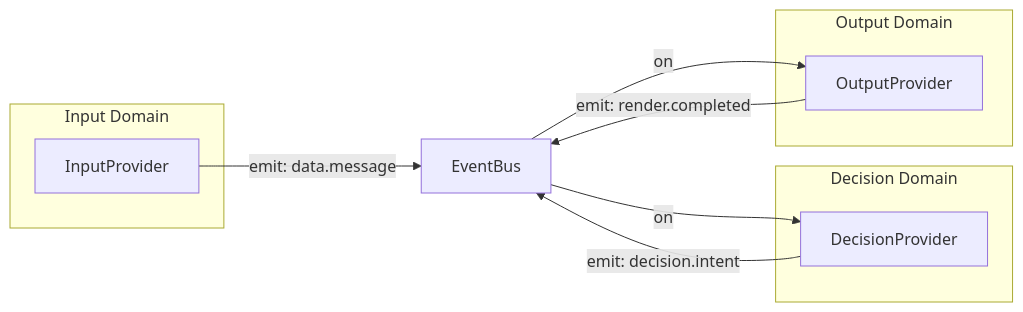
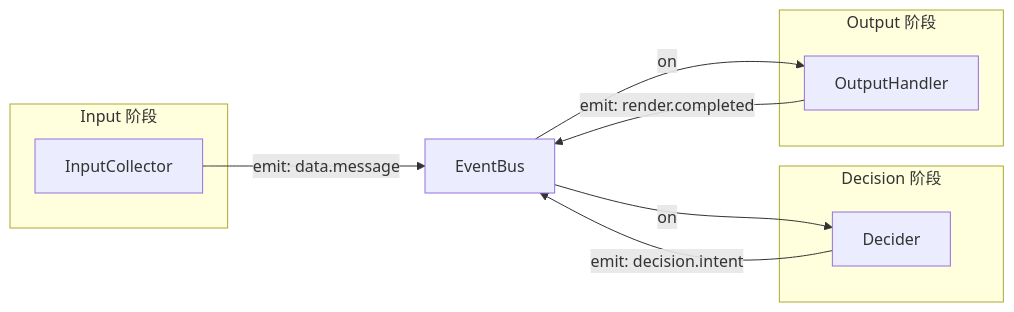
One commit to Mai-with-u/Amaidesu changed the first of 4 diagrams in docs/architecture/event-system.md. Above: the diagram before and after it, drawn with Mermaid. The commit also changed other lines of this file and 169 other files, not shown here.

First line of the commit message:
重构: 移除 Provider 抽象层，改名为 Collector/Decider/Handler

````diff
--- a/docs/architecture/event-system.md
+++ b/docs/architecture/event-system.md
@@ -23,21 +23,21 @@
 ```mermaid
 flowchart LR
-    subgraph Input[Input Domain]
-        IP[InputProvider]
+    subgraph Input[Input 阶段]
+        IP[InputCollector]
     end
 
-    subgraph Decision[Decision Domain]
-        DP[DecisionProvider]
+    subgraph Decision[Decision 阶段]
+        DP[Decider]
     end
 
-    subgraph Output[Output Domain]
-        OP[OutputProvider]
+    subgraph Output[Output 阶段]
+        OP[OutputHandler]
     end
 
     IP -->|emit: data.message| EB[EventBus]
     DP -->|emit: decision.intent| EB
     OP -->|emit: render.completed| EB
 
     EB -->|on| DP
     EB -->|on| OP
 ```
````
